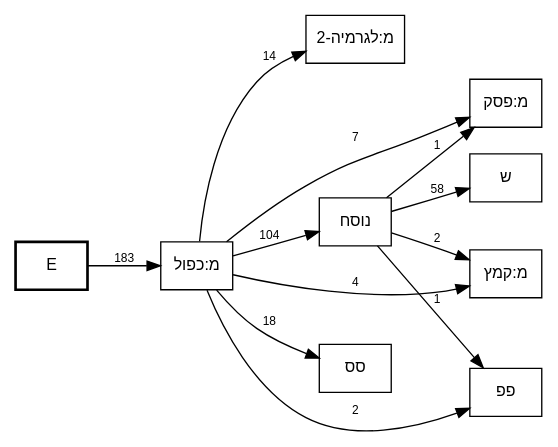
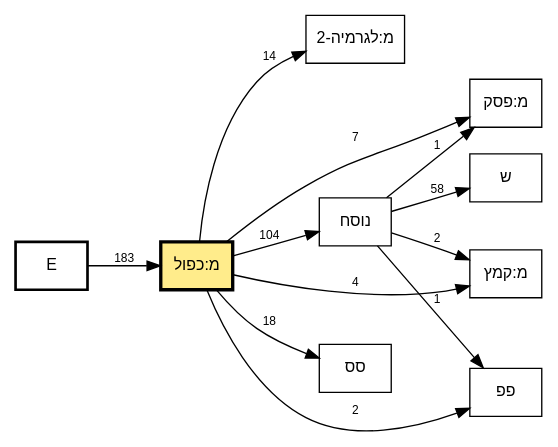
Before and after one commit to bdenckla/MAM-basics: the diagram in out/MAM-tmpl-survey/plus-kaful-call-graph.dot, drawn with Graphviz. The commit also changed 11 other files, not shown here.

First line of the commit message:
Highlight focus node in focused template call graphs

```diff
--- a/out/MAM-tmpl-survey/plus-kaful-call-graph.dot
+++ b/out/MAM-tmpl-survey/plus-kaful-call-graph.dot
@@ -1,28 +1,29 @@
 // This file was generated by MAM-basics/py/main_tmpl_survey.py.
 // Do not edit by hand.
 digraph template_call_graph {
     rankdir=LR;
     node [fontname="SBL Hebrew,Helvetica", fontsize=12];
     edge [fontname="Helvetica", fontsize=9];
     graph [comment="This file was generated by MAM-basics/py/main_tmpl_survey.py."];
 
     // Column nodes
     node [shape=box, style=bold];
     "E";
 
     // Template nodes
     node [shape=box, style=""];
+    "מ:כפול" [fillcolor="lightgoldenrod1", style="filled", penwidth=2.5];
 
     // Edges
     "E" -> "מ:כפול" [label="183"];
     "מ:כפול" -> "מ:לגרמיה-2" [label="14"];
     "מ:כפול" -> "מ:פסק" [label="7"];
     "מ:כפול" -> "מ:קמץ" [label="4"];
     "מ:כפול" -> "נוסח" [label="104"];
     "מ:כפול" -> "סס" [label="18"];
     "מ:כפול" -> "פפ" [label="2"];
     "נוסח" -> "מ:פסק" [label="1"];
     "נוסח" -> "מ:קמץ" [label="2"];
     "נוסח" -> "פפ" [label="1"];
     "נוסח" -> "ש" [label="58"];
 }
```
